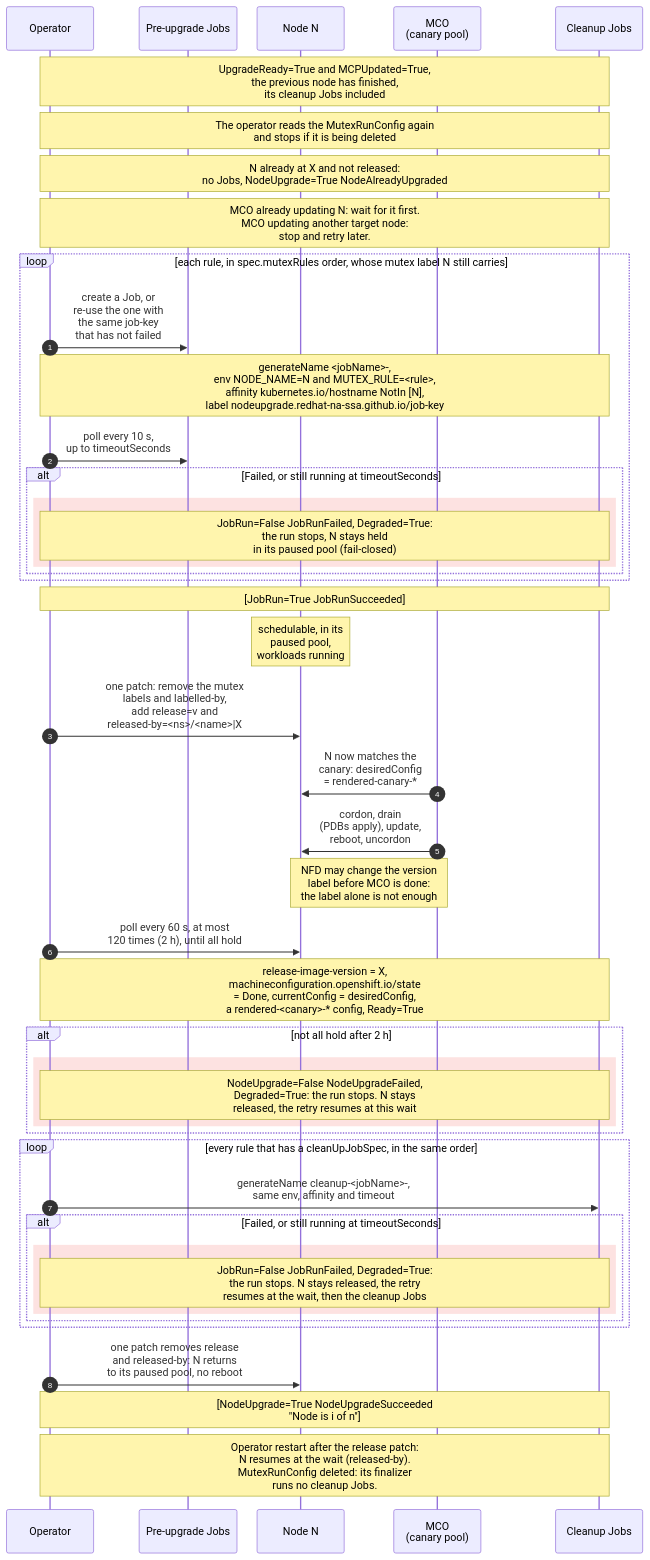
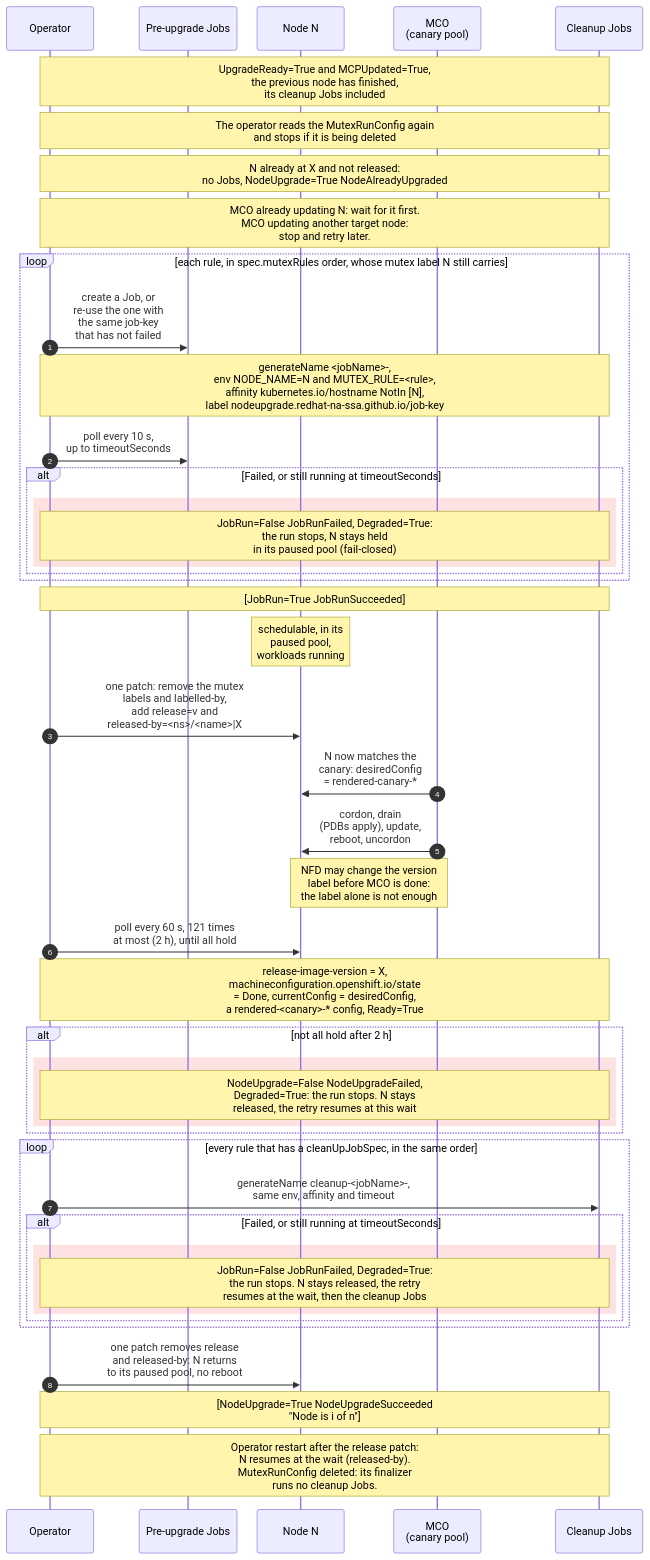
One commit to shpwrck/openshift-node-upgrade-mutex-operator changed the diagram in docs/diagrams/node-turn.mmd. Above: the diagram before and after it, drawn with Mermaid. The commit also changed 16 other files, not shown here.

```diff
--- a/docs/diagrams/node-turn.mmd
+++ b/docs/diagrams/node-turn.mmd
@@ -1,56 +1,56 @@
 ---
 config:
   themeCSS: "text.messageText { stroke: #ffffff; stroke-width: 4px; paint-order: stroke fill; } .rect { stroke: #b42318; stroke-width: 2px; }"
   sequence:
     width: 130
     actorMargin: 30
     noteMargin: 8
 ---
 sequenceDiagram
   accTitle: One node's turn
   accDescr: One node's turn: pre-upgrade Jobs run on other nodes, the node is released into the canary, MCO drains, updates and reboots it, the operator waits until it is upgraded and ready, cleanup Jobs run, and the node returns to its paused pool.
   autonumber
   participant Op as Operator
   participant Pre as Pre-upgrade Jobs
   participant N as Node N
   participant MCO as MCO<br/>(canary pool)
   participant Post as Cleanup Jobs
 
   Note over Op,Post: UpgradeReady=True and MCPUpdated=True,<br/>the previous node has finished,<br/>its cleanup Jobs included
   Note over Op,Post: The operator reads the MutexRunConfig again<br/>and stops if it is being deleted
   Note over Op,Post: N already at X and not released:<br/>no Jobs, NodeUpgrade=True NodeAlreadyUpgraded
   Note over Op,Post: MCO already updating N: wait for it first.<br/>MCO updating another target node:<br/>stop and retry later.
   loop each rule, in spec.mutexRules order, whose mutex label N still carries
     Op->>Pre: create a Job, or<br/>re-use the one with<br/>the same job-key<br/>that has not failed
     Note over Op,Post: generateName #lt;jobName#gt;-,<br/>env NODE_NAME=N and MUTEX_RULE=#lt;rule#gt;,<br/>affinity kubernetes.io/hostname NotIn [N],<br/>label nodeupgrade.redhat-na-ssa.github.io/job-key
     Op->>Pre: poll every 10 s,<br/>up to timeoutSeconds
     alt Failed, or still running at timeoutSeconds
       rect rgb(253, 226, 225)
         Note over Op,Post: JobRun=False JobRunFailed, Degraded=True:<br/>the run stops, N stays held<br/>in its paused pool (fail-closed)
       end
     end
   end
   Note over Op,Post: [JobRun=True JobRunSucceeded]
   Note over N: schedulable, in its<br/>paused pool,<br/>workloads running
   Op->>N: one patch: remove the mutex<br/>labels and labelled-by,<br/>add release=v and<br/>released-by=#lt;ns#gt;/#lt;name#gt;|X
   MCO->>N: N now matches the<br/>canary: desiredConfig<br/>= rendered-canary-*
   MCO->>N: cordon, drain<br/>(PDBs apply), update,<br/>reboot, uncordon
   Note over N,MCO: NFD may change the version<br/>label before MCO is done:<br/>the label alone is not enough
-  Op->>N: poll every 60 s, at most<br/>120 times (2 h), until all hold
+  Op->>N: poll every 60 s, 121 times<br/>at most (2 h), until all hold
   Note over Op,Post: release-image-version = X,<br/>machineconfiguration.openshift.io/state<br/>= Done, currentConfig = desiredConfig,<br/>a rendered-#lt;canary#gt;-* config, Ready=True
   alt not all hold after 2 h
     rect rgb(253, 226, 225)
       Note over Op,Post: NodeUpgrade=False NodeUpgradeFailed,<br/>Degraded=True: the run stops. N stays<br/>released, the retry resumes at this wait
     end
   end
   loop every rule that has a cleanUpJobSpec, in the same order
     Op->>Post: generateName cleanup-#lt;jobName#gt;-,<br/>same env, affinity and timeout
     alt Failed, or still running at timeoutSeconds
       rect rgb(253, 226, 225)
         Note over Op,Post: JobRun=False JobRunFailed, Degraded=True:<br/>the run stops. N stays released, the retry<br/>resumes at the wait, then the cleanup Jobs
       end
     end
   end
   Op->>N: one patch removes release<br/>and released-by: N returns<br/>to its paused pool, no reboot
   Note over Op,Post: [NodeUpgrade=True NodeUpgradeSucceeded<br/>"Node is i of n"]
   Note over Op,Post: Operator restart after the release patch:<br/>N resumes at the wait (released-by).<br/>MutexRunConfig deleted: its finalizer<br/>runs no cleanup Jobs.
```
